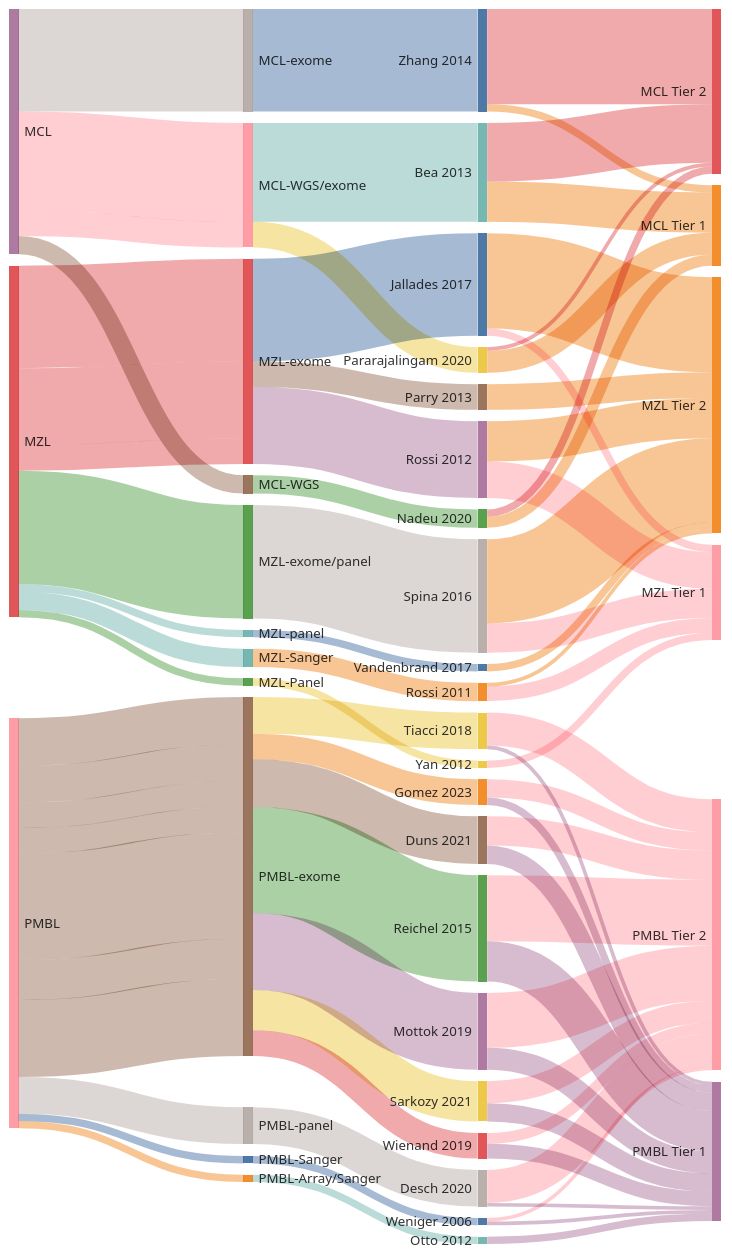
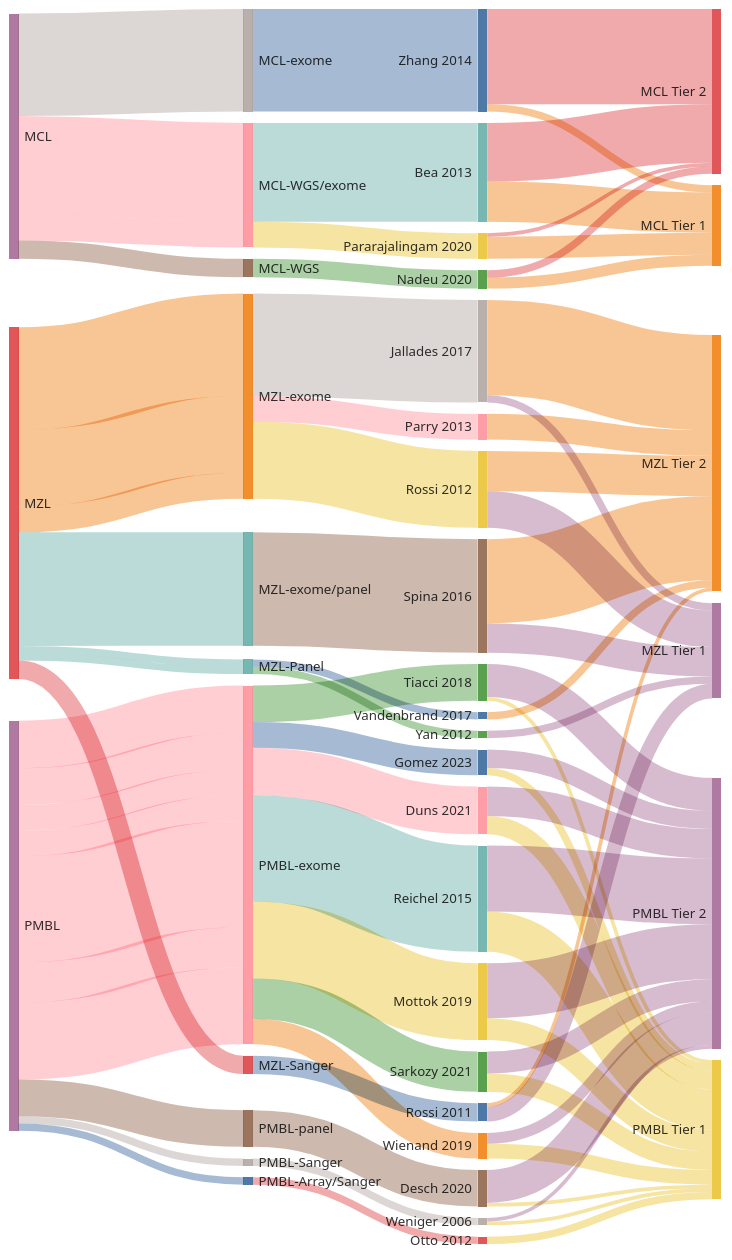
One commit to morinlab/lymphopedia changed the second of 2 diagrams in Home.md. Above: the diagram before and after it, drawn with Mermaid.

```diff
--- a/Home.md
+++ b/Home.md
@@ -179,8 +179,8 @@
 MCL, MCL-exome, 28
 MCL-exome, Zhang 2014, 28
 Vandenbrand 2017, MZL Tier 2, 2
-MZL, MZL-panel, 2
-MZL-panel, Vandenbrand 2017, 2
+MZL, MZL-Panel, 2
+MZL-Panel, Vandenbrand 2017, 2
 MZL, MZL-Panel, 2
 MZL-Panel, Yan 2012, 2
 Rossi 2012, MZL Tier 1, 10
```
